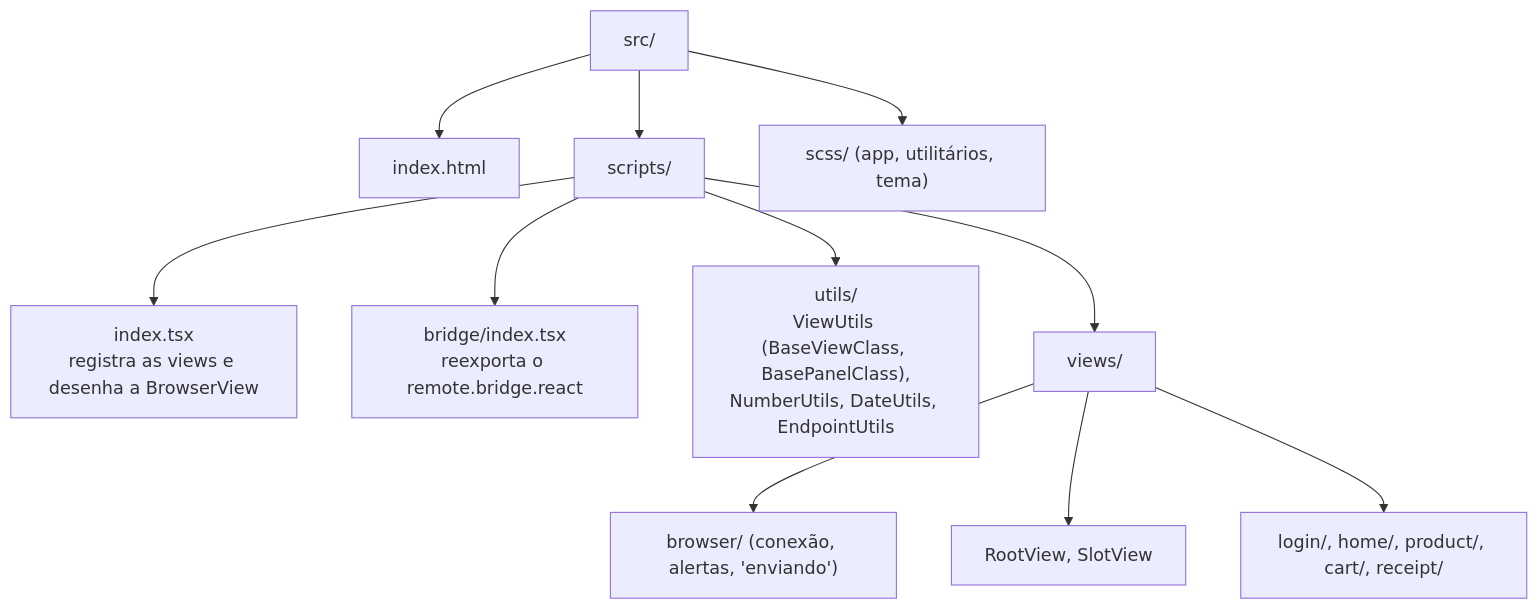
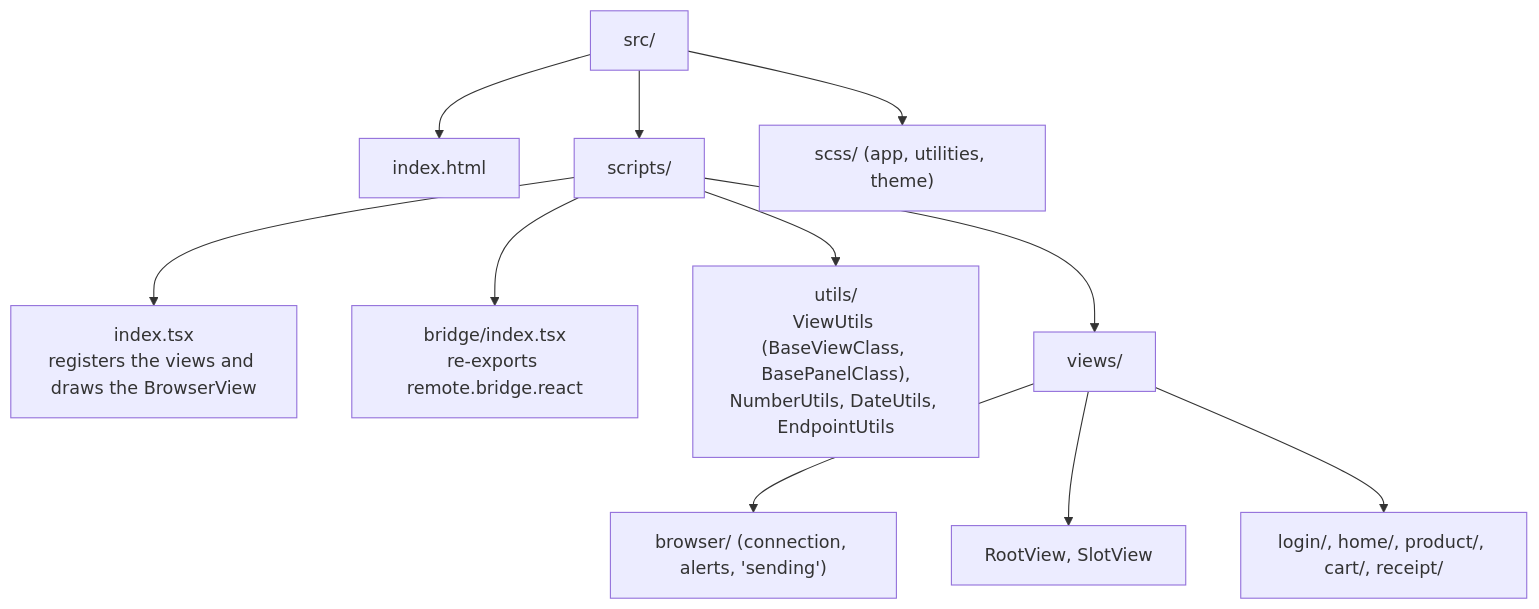
Before and after one commit to mrcdom/wdc-cube-php: the diagram in frontend/shopping.shell.react/README.md, drawn with Mermaid. The commit also changed other lines of this file and 303 other files, not shown here.

````diff
--- a/frontend/shopping.shell.react/README.md
+++ b/frontend/shopping.shell.react/README.md
@@ -25,13 +25,13 @@
 ```mermaid
 flowchart TD
     src["src/"] --> html["index.html"]
     src --> scripts["scripts/"]
-    src --> scss["scss/ (app, utilitários, tema)"]
-    scripts --> index["index.tsx<br/>registra as views e desenha a BrowserView"]
-    scripts --> bridge["bridge/index.tsx<br/>reexporta o remote.bridge.react"]
+    src --> scss["scss/ (app, utilities, theme)"]
+    scripts --> index["index.tsx<br/>registers the views and draws the BrowserView"]
+    scripts --> bridge["bridge/index.tsx<br/>re-exports remote.bridge.react"]
     scripts --> utils["utils/<br/>ViewUtils (BaseViewClass, BasePanelClass),<br/>NumberUtils, DateUtils, EndpointUtils"]
     scripts --> views["views/"]
-    views --> browser["browser/ (conexão, alertas, 'enviando')"]
+    views --> browser["browser/ (connection, alerts, 'sending')"]
     views --> root["RootView, SlotView"]
-    views --> telas["login/, home/, product/, cart/, receipt/"]
+    views --> screens["login/, home/, product/, cart/, receipt/"]
 ```
````
